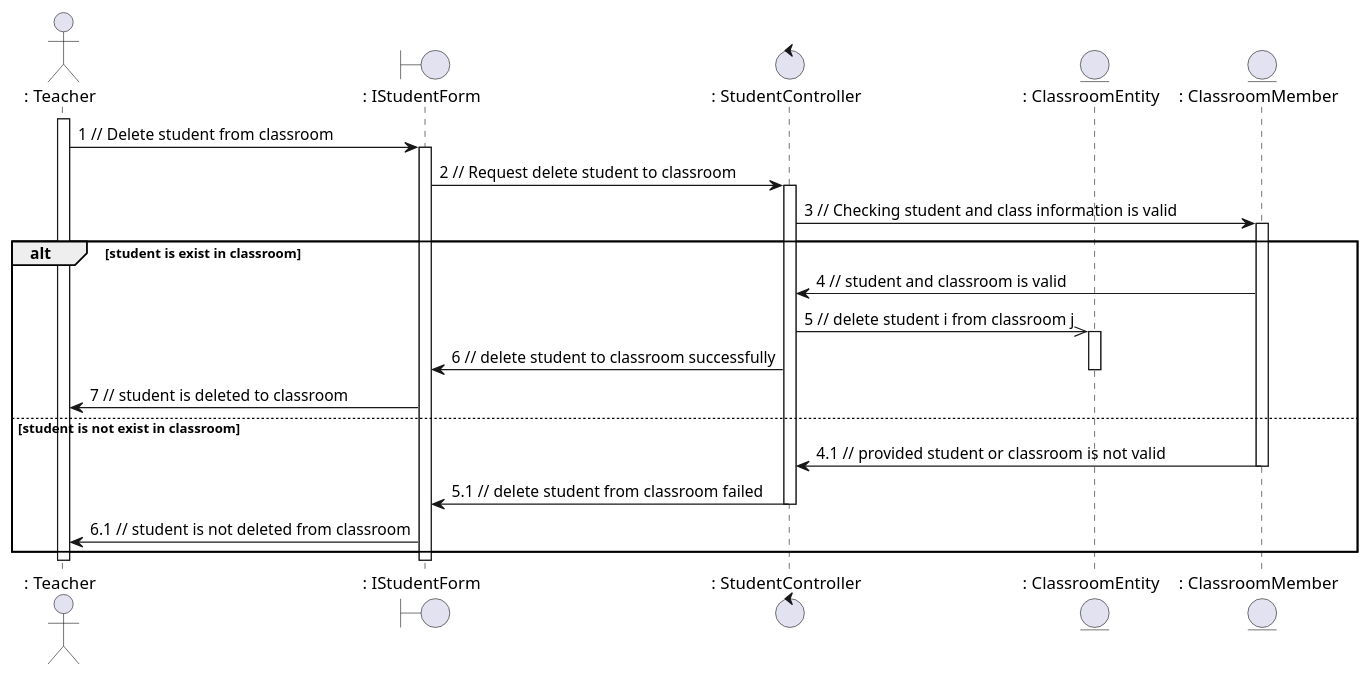
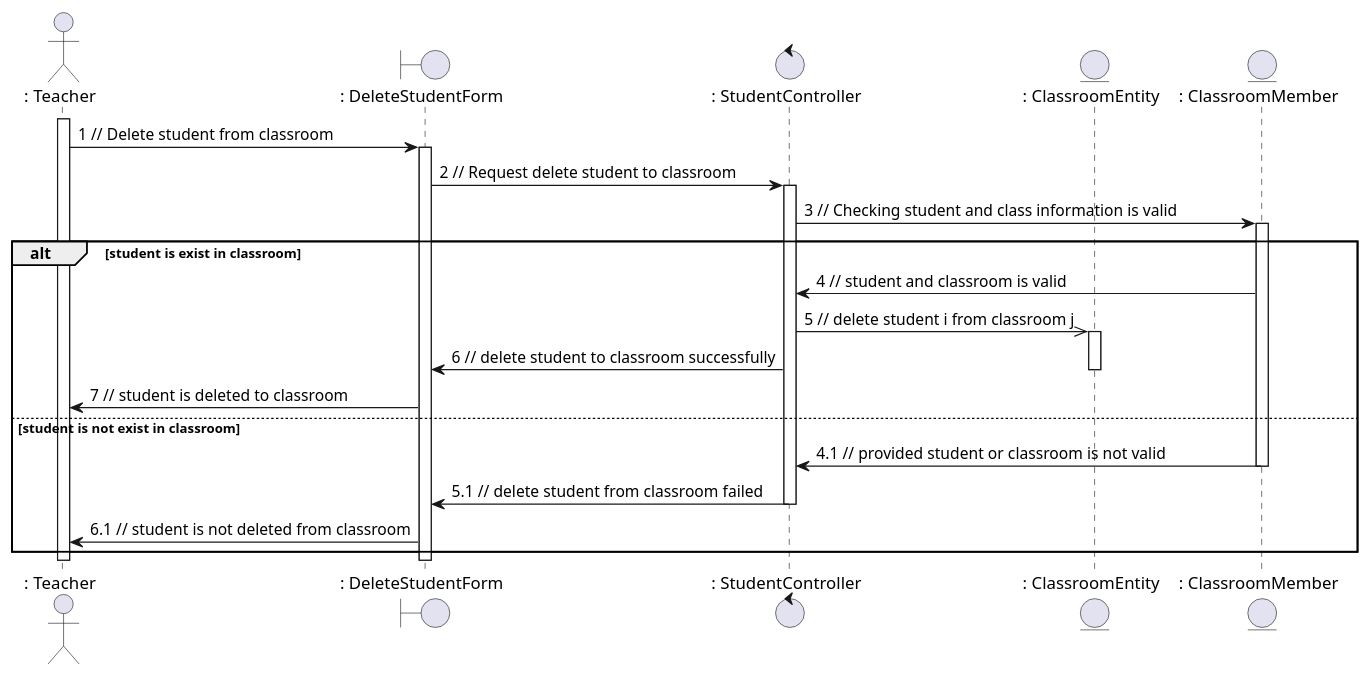
The diagram in sequence - analaysis/student /deleteStudent.plantuml (anonyhostvn/OOAD-Diagram), drawn with PlantUML before and after one commit. The commit also changed 5 other files, not shown here.

```diff
--- a/sequence - analaysis/student /deleteStudent.plantuml
+++ b/sequence - analaysis/student /deleteStudent.plantuml
@@ -1,35 +1,35 @@
 @startuml deleteStudent
 
 actor ": Teacher"
-boundary ": IStudentForm"
+boundary ": DeleteStudentForm"
 control ": StudentController"
 entity ": ClassroomEntity"
 entity ": ClassroomMember"
 
 activate ": Teacher"
-": Teacher" -> ": IStudentForm": 1 // Delete student from classroom
-activate ": IStudentForm"
-": IStudentForm" -> ": StudentController": 2 // Request delete student to classroom
+": Teacher" -> ": DeleteStudentForm": 1 // Delete student from classroom
+activate ": DeleteStudentForm"
+": DeleteStudentForm" -> ": StudentController": 2 // Request delete student to classroom
 activate ": StudentController"
 ": StudentController" -> ": ClassroomMember": 3 // Checking student and class information is valid
 activate ": ClassroomMember"
 alt student is exist in classroom
     ": ClassroomMember" -> ": StudentController": 4 // student and classroom is valid
     ": StudentController" ->> ": ClassroomEntity": 5 // delete student i from classroom j
     activate ": ClassroomEntity" 
-    ": StudentController" -> ": IStudentForm": 6 // delete student to classroom successfully
+    ": StudentController" -> ": DeleteStudentForm": 6 // delete student to classroom successfully
     deactivate ": ClassroomEntity"
-    ": IStudentForm" -> ": Teacher": 7 // student is deleted to classroom
+    ": DeleteStudentForm" -> ": Teacher": 7 // student is deleted to classroom
 
 else student is not exist in classroom
     ": ClassroomMember" -> ": StudentController": 4.1 // provided student or classroom is not valid
     deactivate ": ClassroomMember"
-    ": StudentController" -> ": IStudentForm": 5.1 // delete student from classroom failed
+    ": StudentController" -> ": DeleteStudentForm": 5.1 // delete student from classroom failed
     deactivate ": StudentController"
-    ": IStudentForm" -> ": Teacher": 6.1 // student is not deleted from classroom
+    ": DeleteStudentForm" -> ": Teacher": 6.1 // student is not deleted from classroom
 end
 
-deactivate ": IStudentForm"
+deactivate ": DeleteStudentForm"
 deactivate ": Teacher"
 
 @enduml
```
